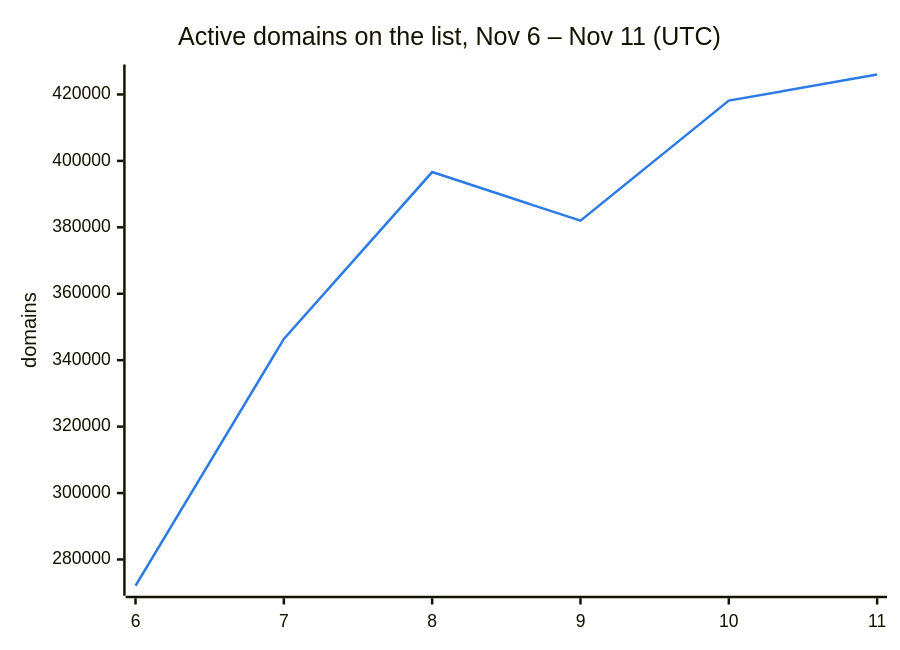
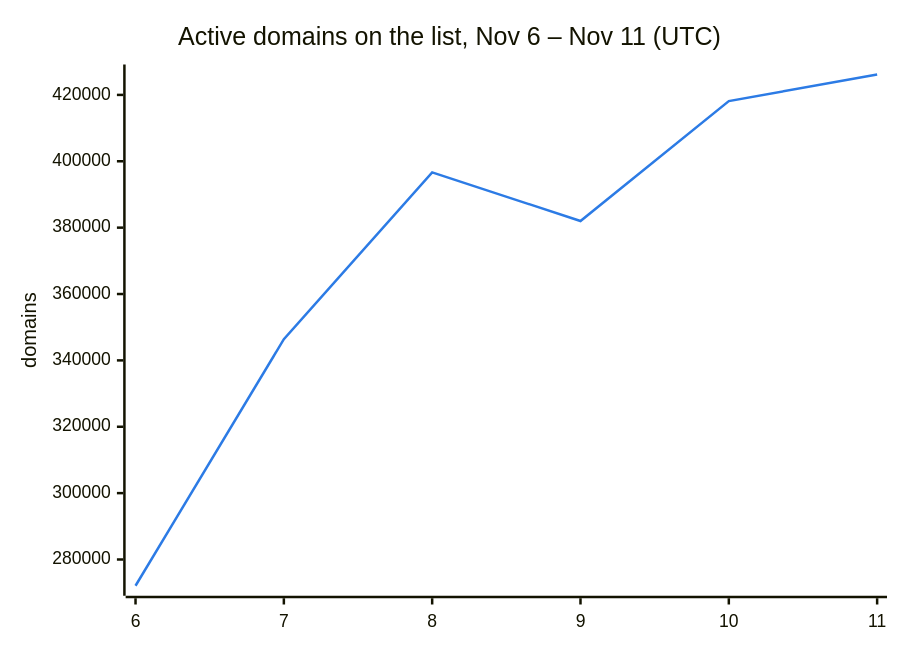
Before and after one commit to DNSBunker/CTI: the second of 3 diagrams in README.md, drawn with Mermaid. The commit also changed other lines of this file and 3 other files, not shown here.

````diff
--- a/README.md
+++ b/README.md
@@ -38,8 +38,8 @@
 ```mermaid
 %%{init: {"themeVariables": {"xyChart": {"plotColorPalette": "#2c7be5"}}}}%%
 xychart-beta
     title "Active domains on the list, Nov 6 – Nov 11 (UTC)"
     x-axis ["6", "7", "8", "9", "10", "11"]
     y-axis "domains"
-    line [272088, 346388, 396638, 382009, 418143, 426010]
+    line [272088, 346388, 396638, 382009, 418143, 426149]
 ```
````
